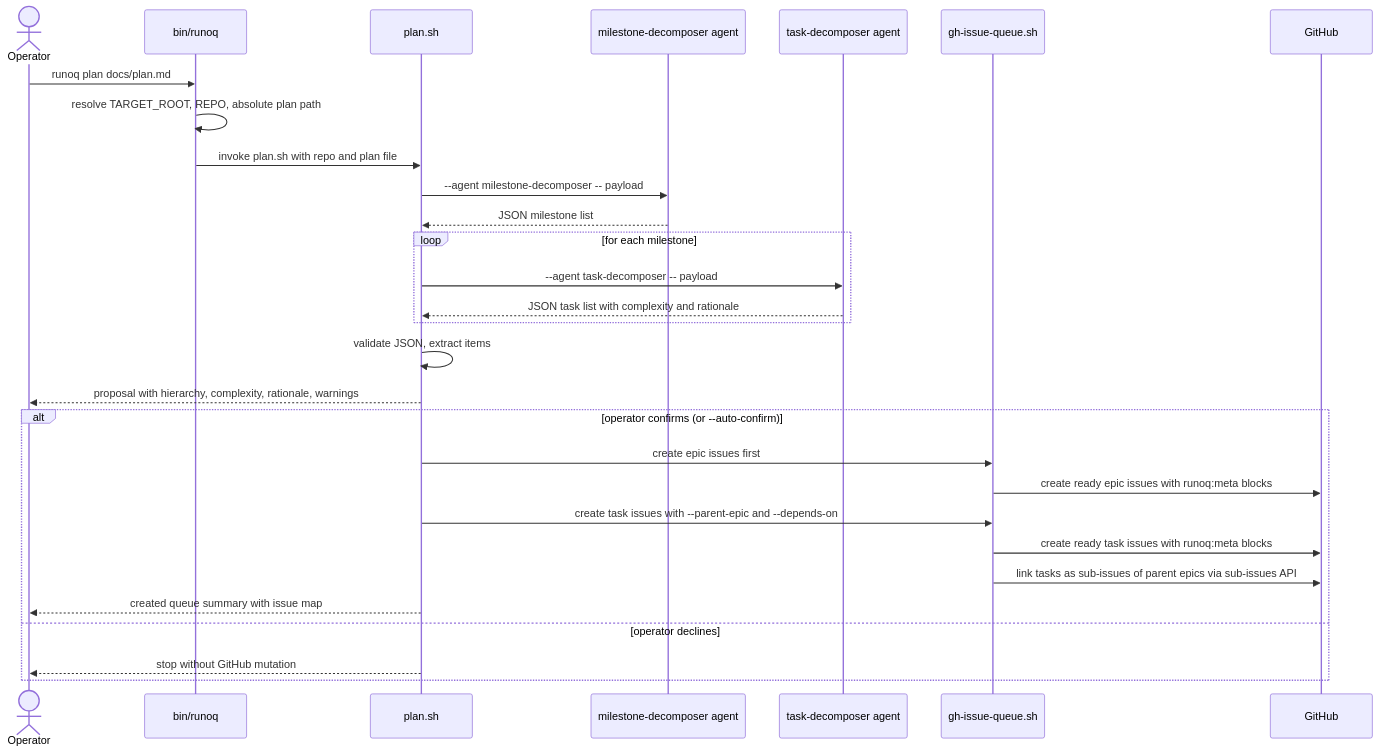
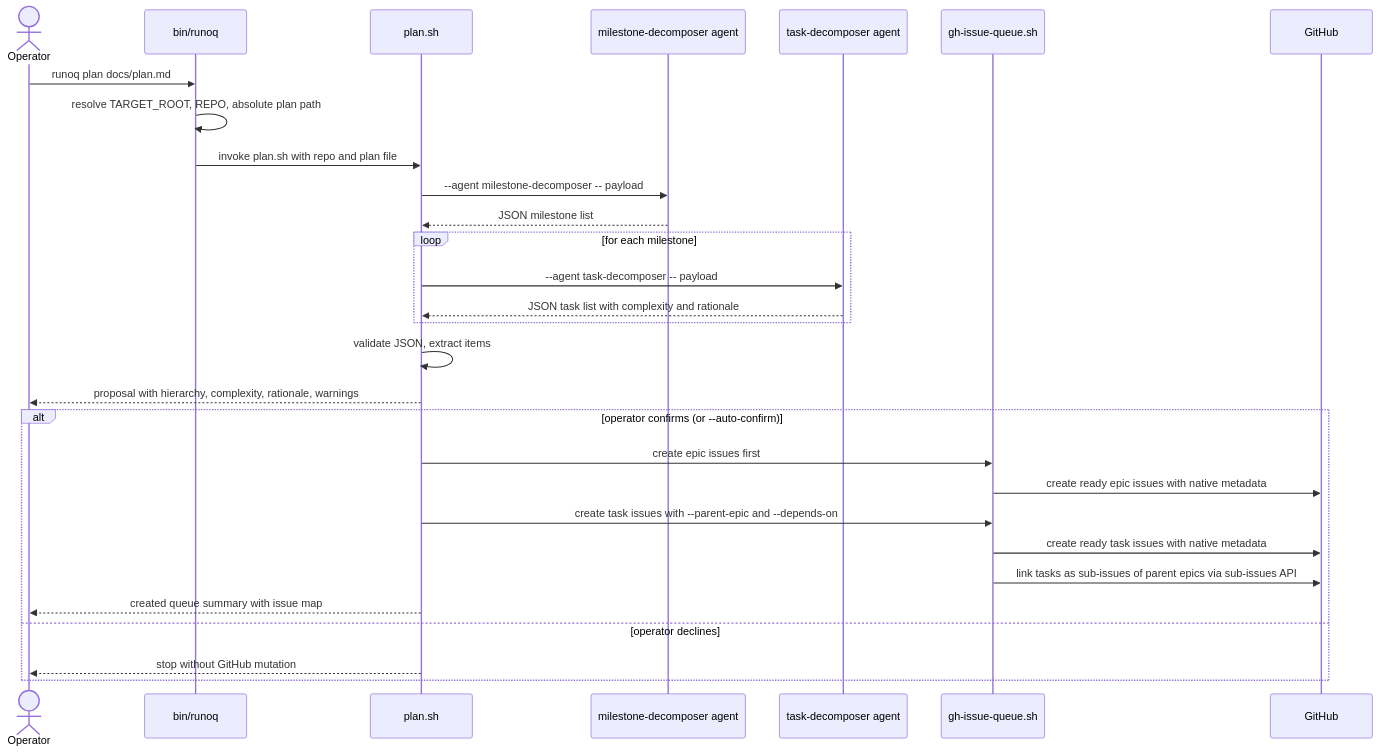
One commit to morhekil/runoq changed the second of 9 diagrams in docs/architecture/flows.md. Above: the diagram before and after it, drawn with Mermaid. The commit also changed 30 other files, not shown here.

First line of the commit message:
Eliminate runoq:meta from shell scripts, issuequeue, fixtures, and docs

````diff
--- a/docs/architecture/flows.md
+++ b/docs/architecture/flows.md
@@ -85,32 +85,32 @@
 ```mermaid
 sequenceDiagram
   actor Operator
   participant CLI as bin/runoq
   participant Plan as plan.sh
   participant Milestones as milestone-decomposer agent
   participant Tasks as task-decomposer agent
   participant Queue as gh-issue-queue.sh
   participant GH as GitHub
 
   Operator->>CLI: runoq plan docs/plan.md
   CLI->>CLI: resolve TARGET_ROOT, REPO, absolute plan path
   CLI->>Plan: invoke plan.sh with repo and plan file
   Plan->>Milestones: --agent milestone-decomposer -- payload
   Milestones-->>Plan: JSON milestone list
   loop for each milestone
     Plan->>Tasks: --agent task-decomposer -- payload
     Tasks-->>Plan: JSON task list with complexity and rationale
   end
   Plan->>Plan: validate JSON, extract items
   Plan-->>Operator: proposal with hierarchy, complexity, rationale, warnings
   alt operator confirms (or --auto-confirm)
     Plan->>Queue: create epic issues first
-    Queue->>GH: create ready epic issues with runoq:meta blocks
+    Queue->>GH: create ready epic issues with native metadata
     Plan->>Queue: create task issues with --parent-epic and --depends-on
-    Queue->>GH: create ready task issues with runoq:meta blocks
+    Queue->>GH: create ready task issues with native metadata
     Queue->>GH: link tasks as sub-issues of parent epics via sub-issues API
     Plan-->>Operator: created queue summary with issue map
   else operator declines
     Plan-->>Operator: stop without GitHub mutation
   end
 ```
````
